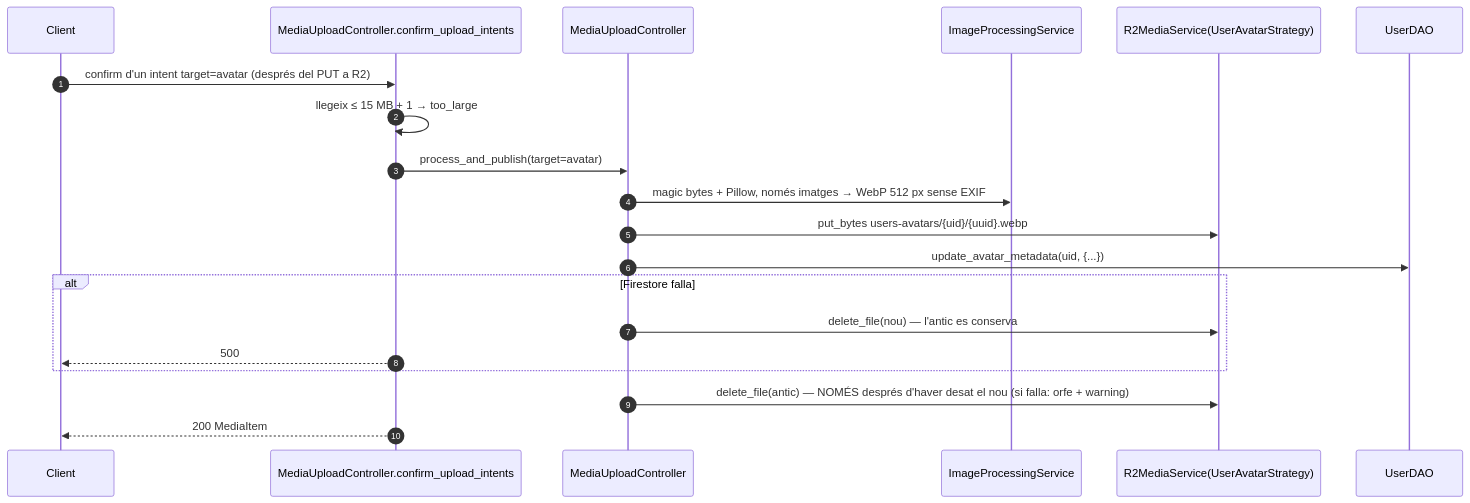
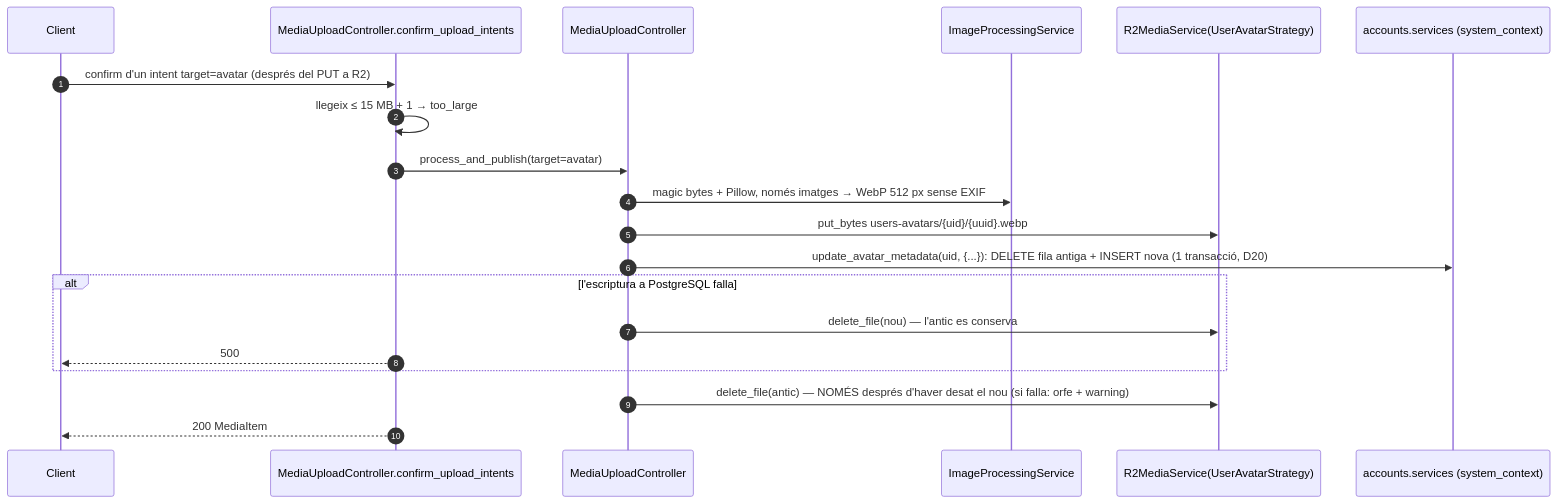
Before and after one commit to jordirev/RefugisLliures_Backend: the diagram in docs/flows/02-user-avatar.md, drawn with Mermaid. The commit also changed other lines of this file and 26 other files, not shown here.

Commit message:
[Usuaris] docs: documentació del chunk 3 (usuaris a PostgreSQL, HasProfile, gotchas i deute tècnic)

````diff
--- a/docs/flows/02-user-avatar.md
+++ b/docs/flows/02-user-avatar.md
@@ -17,23 +19,23 @@
 ```mermaid
 sequenceDiagram
     autonumber
     participant C as Client
     participant UC as MediaUploadController.confirm_upload_intents
     participant MC as MediaUploadController
     participant IP as ImageProcessingService
     participant R2 as R2MediaService(UserAvatarStrategy)
-    participant D as UserDAO
+    participant A as accounts.services (system_context)
 
     C->>UC: confirm d'un intent target=avatar (després del PUT a R2)
     UC->>UC: llegeix ≤ 15 MB + 1 → too_large
     UC->>MC: process_and_publish(target=avatar)
     MC->>IP: magic bytes + Pillow, només imatges → WebP 512 px sense EXIF
     MC->>R2: put_bytes users-avatars/{uid}/{uuid}.webp
-    MC->>D: update_avatar_metadata(uid, {...})
-    alt Firestore falla
+    MC->>A: update_avatar_metadata(uid, {...}): DELETE fila antiga + INSERT nova (1 transacció, D20)
+    alt l'escriptura a PostgreSQL falla
         MC->>R2: delete_file(nou) — l'antic es conserva
         UC-->>C: 500
     end
     MC->>R2: delete_file(antic) — NOMÉS després d'haver desat el nou (si falla: orfe + warning)
     UC-->>C: 200 MediaItem
 ```
````
